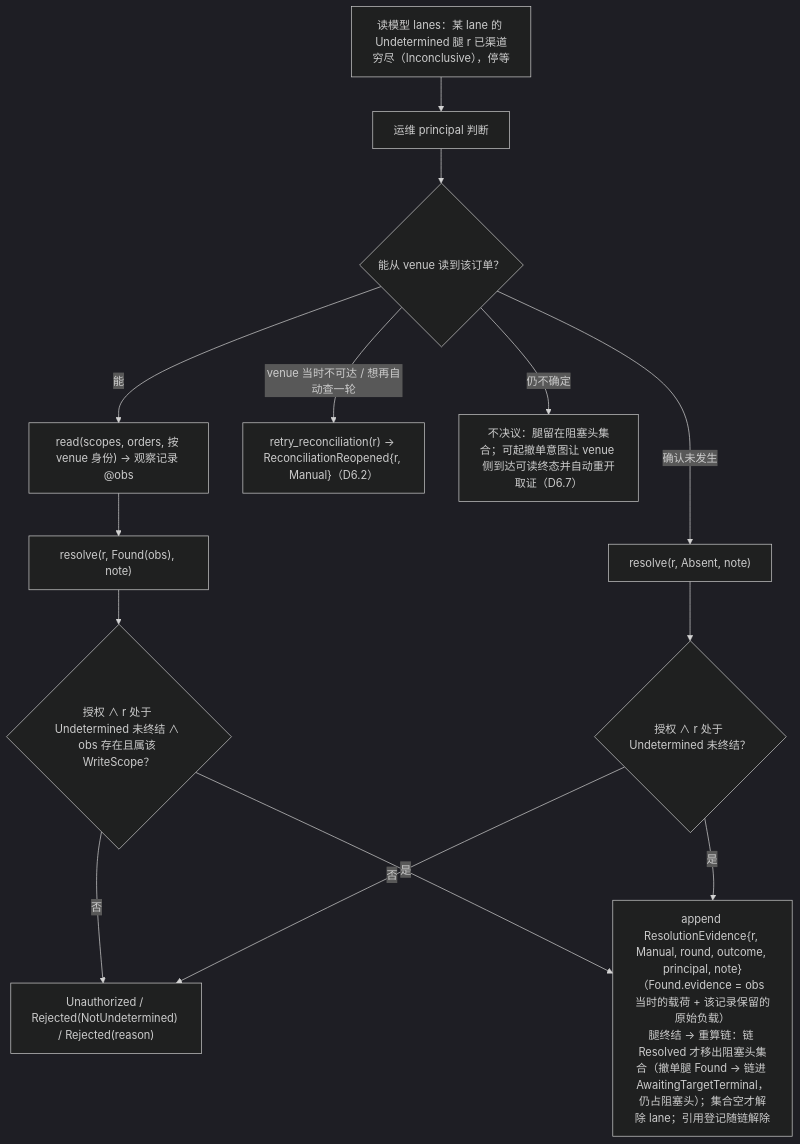
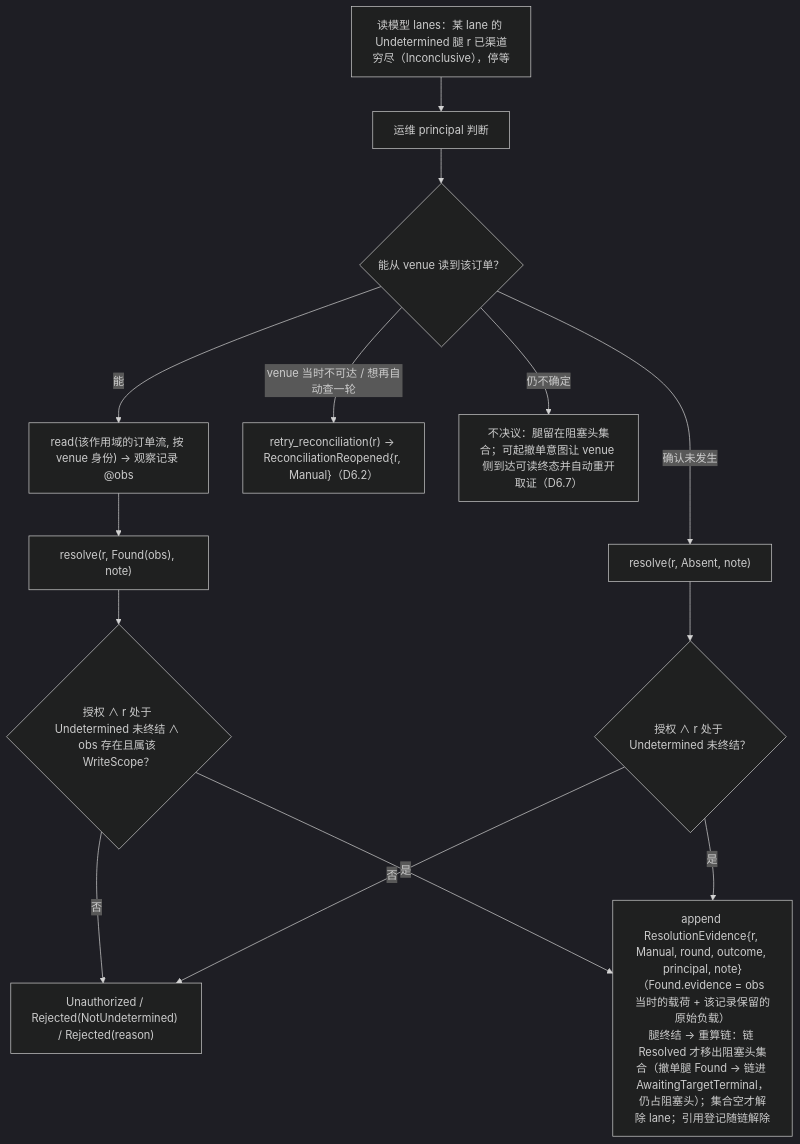
One commit to mouriya-s-lab/uta changed the third of 5 diagrams in design/diagrams/09-alice-session.md. Above: the diagram before and after it, drawn with Mermaid (dark theme). The commit also changed other lines of this file and 13 other files, not shown here.

````diff
--- a/design/diagrams/09-alice-session.md
+++ b/design/diagrams/09-alice-session.md
@@ -96,17 +98,17 @@
 ```mermaid
 flowchart TB
   L["读模型 lanes：某 lane 的 Undetermined 腿 r 已渠道穷尽（Inconclusive），停等"]
   L --> OP["运维 principal 判断"]
   OP --> R1{"能从 venue 读到该订单？"}
-  R1 -->|"能"| RD["read(scopes, orders, 按 venue 身份) → 观察记录 @obs"]
+  R1 -->|"能"| RD["read(该作用域的订单流, 按 venue 身份) → 观察记录 @obs"]
   RD --> RS1["resolve(r, Found(obs), note)"]
   R1 -->|"确认未发生"| RS2["resolve(r, Absent, note)"]
   R1 -->|"venue 当时不可达 / 想再自动查一轮"| RT["retry_reconciliation(r) → ReconciliationReopened{r, Manual}（D6.2）"]
   R1 -->|"仍不确定"| KEEP["不决议：腿留在阻塞头集合；可起撤单意图让 venue 侧到达可读终态并自动重开取证（D6.7）"]
   RS1 --> CHK1{"授权 ∧ r 处于 Undetermined 未终结 ∧ obs 存在且属该 WriteScope？"}
   RS2 --> CHK2{"授权 ∧ r 处于 Undetermined 未终结？"}
   CHK1 -->|"否"| RJ["Unauthorized / Rejected(NotUndetermined) / Rejected(reason)"]
   CHK2 -->|"否"| RJ
   CHK1 -->|"是"| EV["append ResolutionEvidence{r, Manual, round, outcome, principal, note}（Found.evidence = obs 当时的载荷 + 该记录保留的原始负载）<br/>腿终结 → 重算链：链 Resolved 才移出阻塞头集合（撤单腿 Found → 链进 AwaitingTargetTerminal，仍占阻塞头）；集合空才解除 lane；引用登记随链解除"]
   CHK2 -->|"是"| EV
 ```
````
